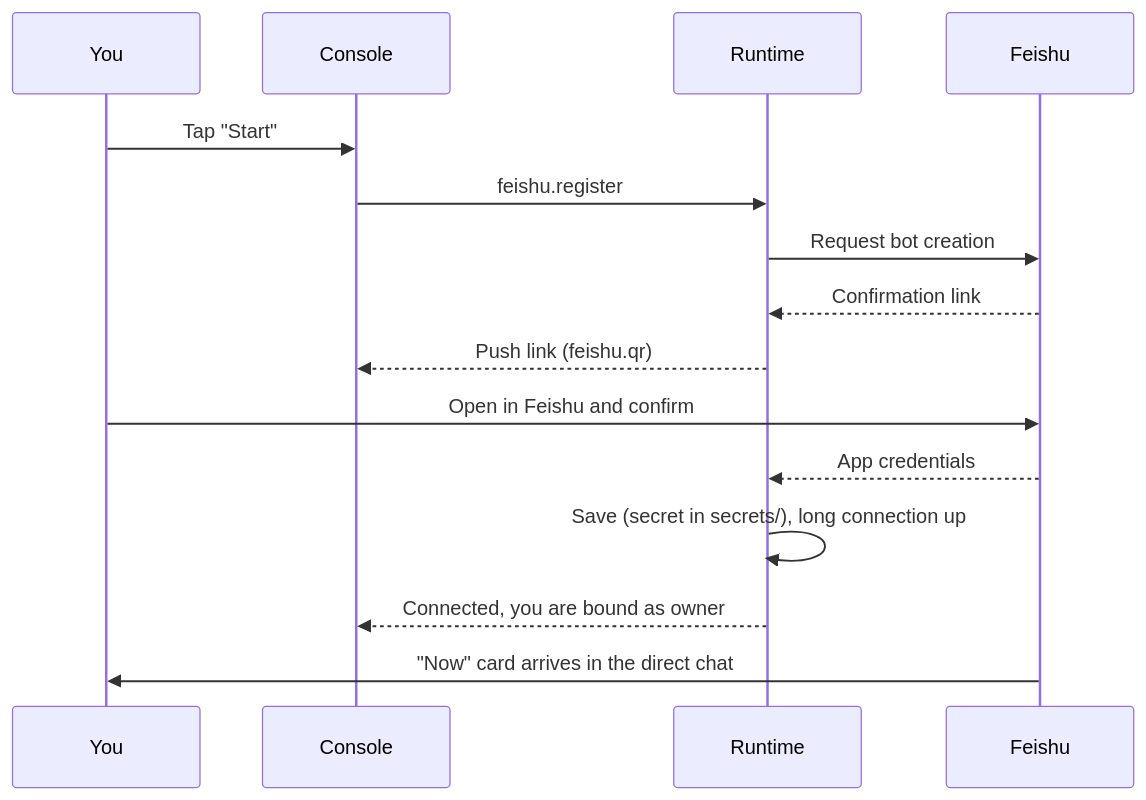
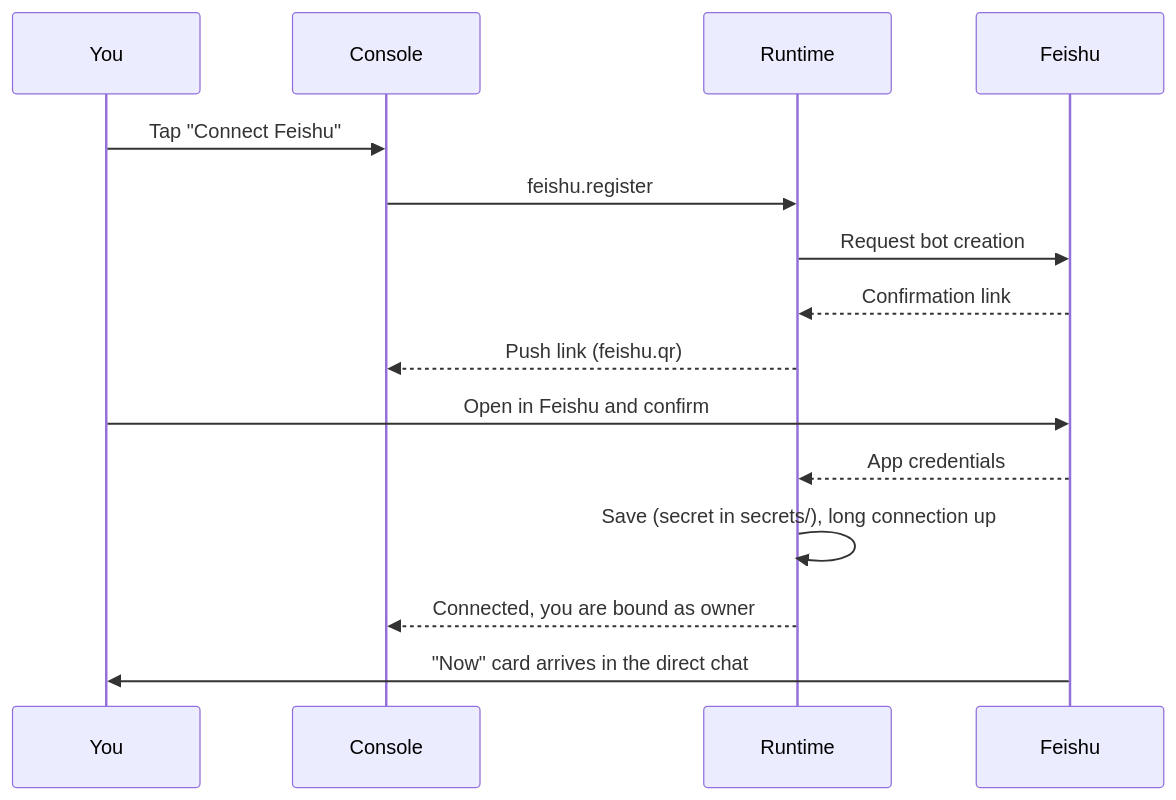
One commit to Causally-XYZ/Project.Quetzal changed the diagram in website/content/docs/en/guide/feishu.md. Above: the diagram before and after it, drawn with Mermaid. The commit also changed other lines of this file and 36 other files, not shown here.

````diff
--- a/website/content/docs/en/guide/feishu.md
+++ b/website/content/docs/en/guide/feishu.md
@@ -19,17 +19,17 @@
 ```mermaid
 sequenceDiagram
   participant U as You
   participant A as Console
   participant R as Runtime
   participant F as Feishu
-  U->>A: Tap "Start"
+  U->>A: Tap "Connect Feishu"
   A->>R: feishu.register
   R->>F: Request bot creation
   F-->>R: Confirmation link
   R-->>A: Push link (feishu.qr)
   U->>F: Open in Feishu and confirm
   F-->>R: App credentials
   R->>R: Save (secret in secrets/), long connection up
   R-->>A: Connected, you are bound as owner
   F->>U: "Now" card arrives in the direct chat
 ```
````
